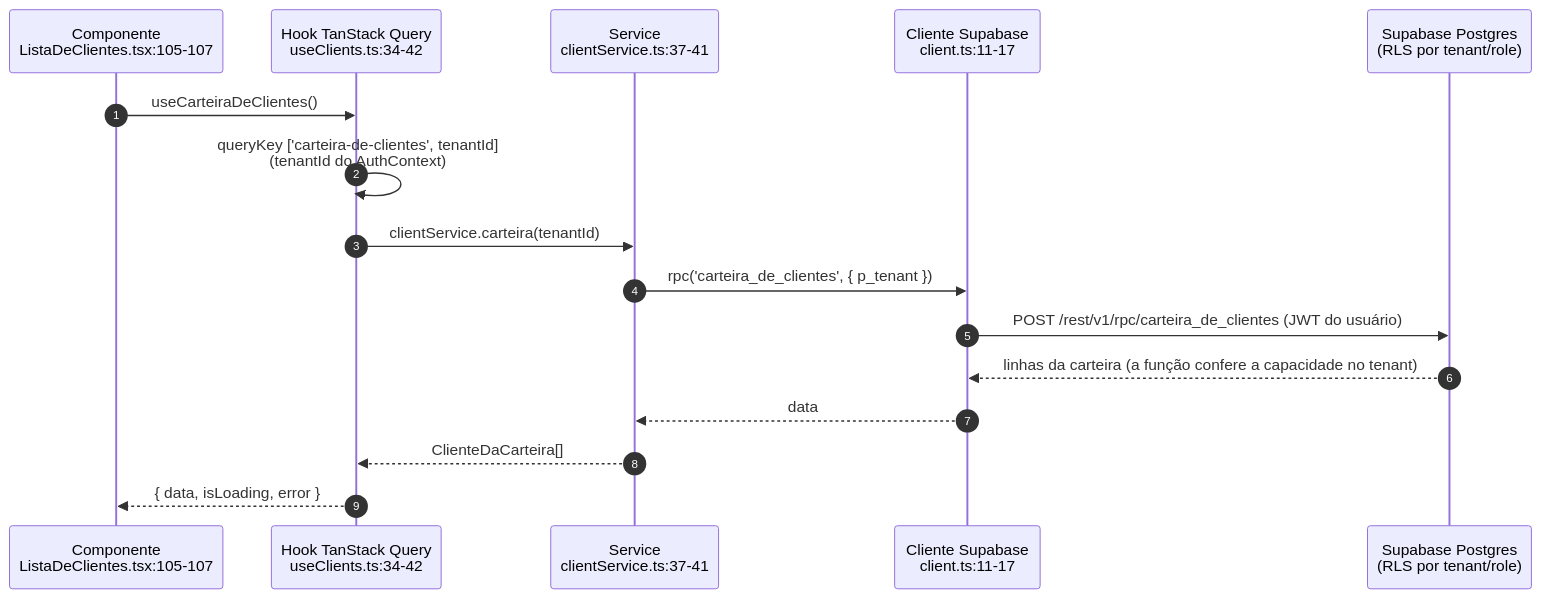
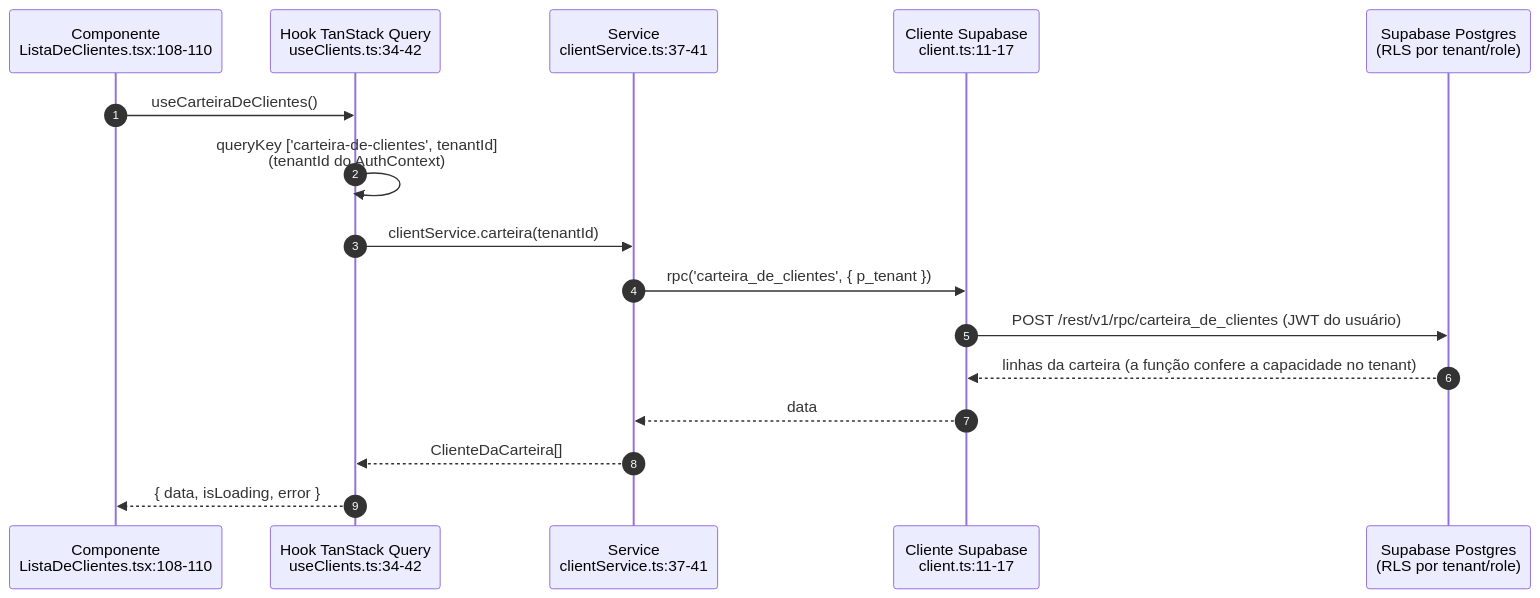
One commit to Origami-Lab-Organization/og-pulse changed the first of 2 diagrams in .harness/docs/architecture/overview.md. Above: the diagram before and after it, drawn with Mermaid. The commit also changed other lines of this file and 53 other files, not shown here.

````diff
--- a/.harness/docs/architecture/overview.md
+++ b/.harness/docs/architecture/overview.md
@@ -154,19 +154,19 @@
 ```mermaid
 sequenceDiagram
     autonumber
-    participant P as Componente<br/>ListaDeClientes.tsx:105-107
+    participant P as Componente<br/>ListaDeClientes.tsx:108-110
     participant H as Hook TanStack Query<br/>useClients.ts:34-42
     participant S as Service<br/>clientService.ts:37-41
     participant C as Cliente Supabase<br/>client.ts:11-17
     participant DB as Supabase Postgres<br/>(RLS por tenant/role)
 
     P->>H: useCarteiraDeClientes()
     H->>H: queryKey ['carteira-de-clientes', tenantId]<br/>(tenantId do AuthContext)
     H->>S: clientService.carteira(tenantId)
     S->>C: rpc('carteira_de_clientes', { p_tenant })
     C->>DB: POST /rest/v1/rpc/carteira_de_clientes (JWT do usuário)
     DB-->>C: linhas da carteira (a função confere a capacidade no tenant)
     C-->>S: data
     S-->>H: ClienteDaCarteira[]
     H-->>P: { data, isLoading, error }
 ```
````
